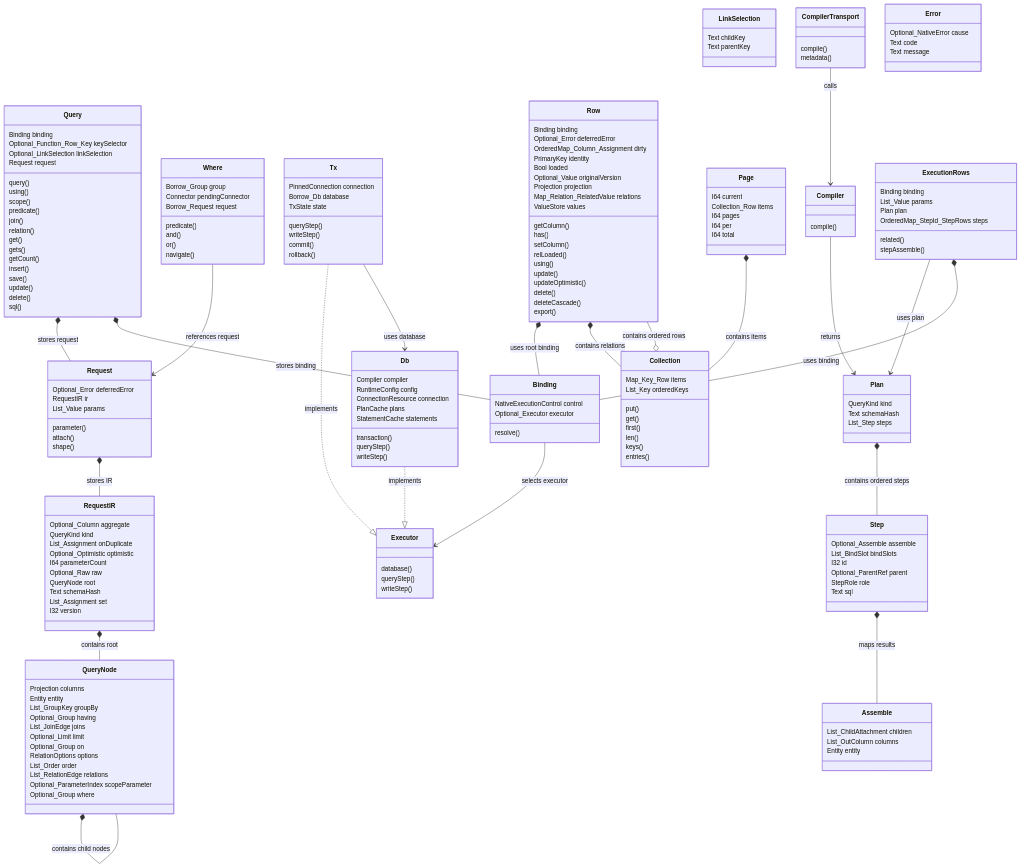
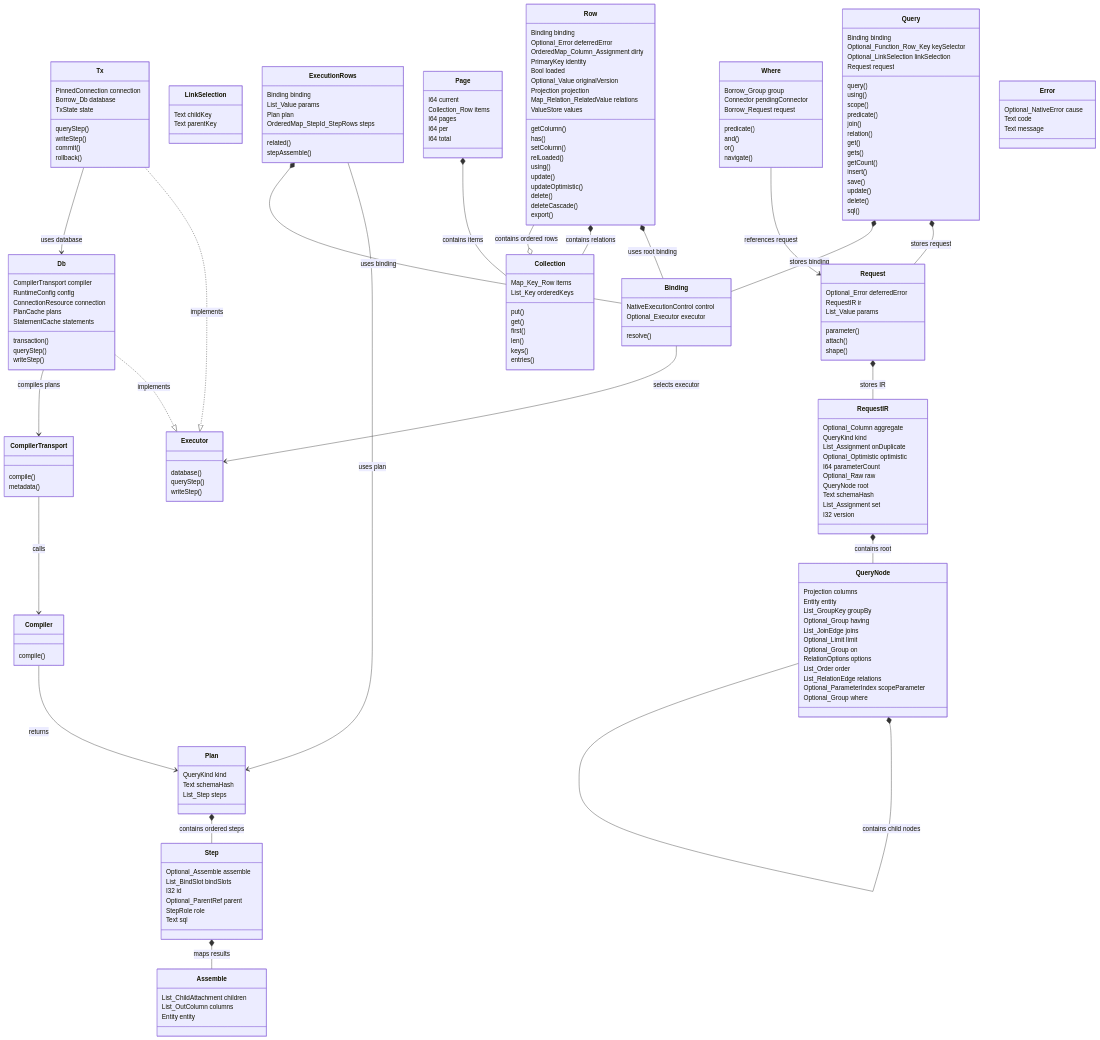
One commit to polyspec/orm changed the diagram in docs/interfaces-model.ko.md. Above: the diagram before and after it, drawn with Mermaid. The commit also changed other lines of this file and 21 other files, not shown here.

```diff
--- a/docs/interfaces-model.ko.md
+++ b/docs/interfaces-model.ko.md
@@ -82,7 +82,7 @@
         writeStep()
     }
     class Db {
-        Compiler compiler
+        CompilerTransport compiler
         RuntimeConfig config
         ConnectionResource connection
         PlanCache plans
@@ -184,6 +184,7 @@
     QueryNode *-- QueryNode : contains child nodes
     Binding --> Executor : selects executor
     Db ..|> Executor : implements
+    Db --> CompilerTransport : compiles plans
     Tx ..|> Executor : implements
     Tx --> Db : uses database
     Row *-- Binding : uses root binding
```
